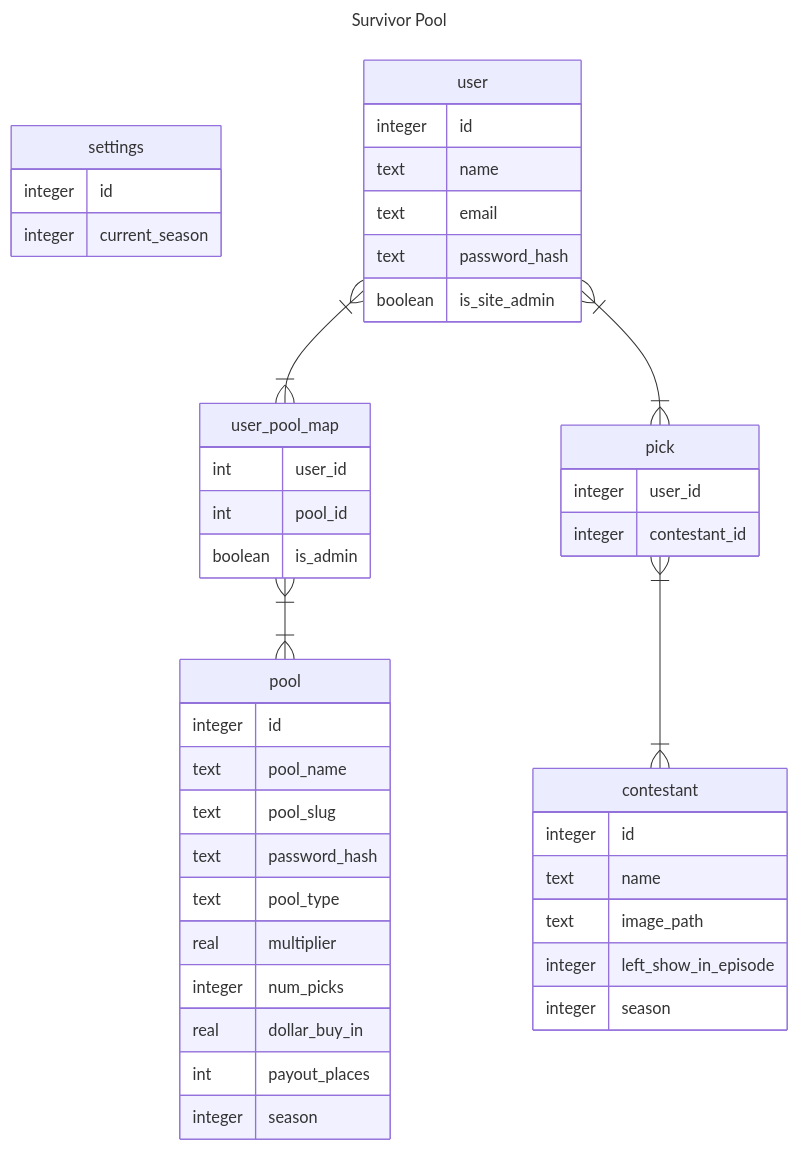
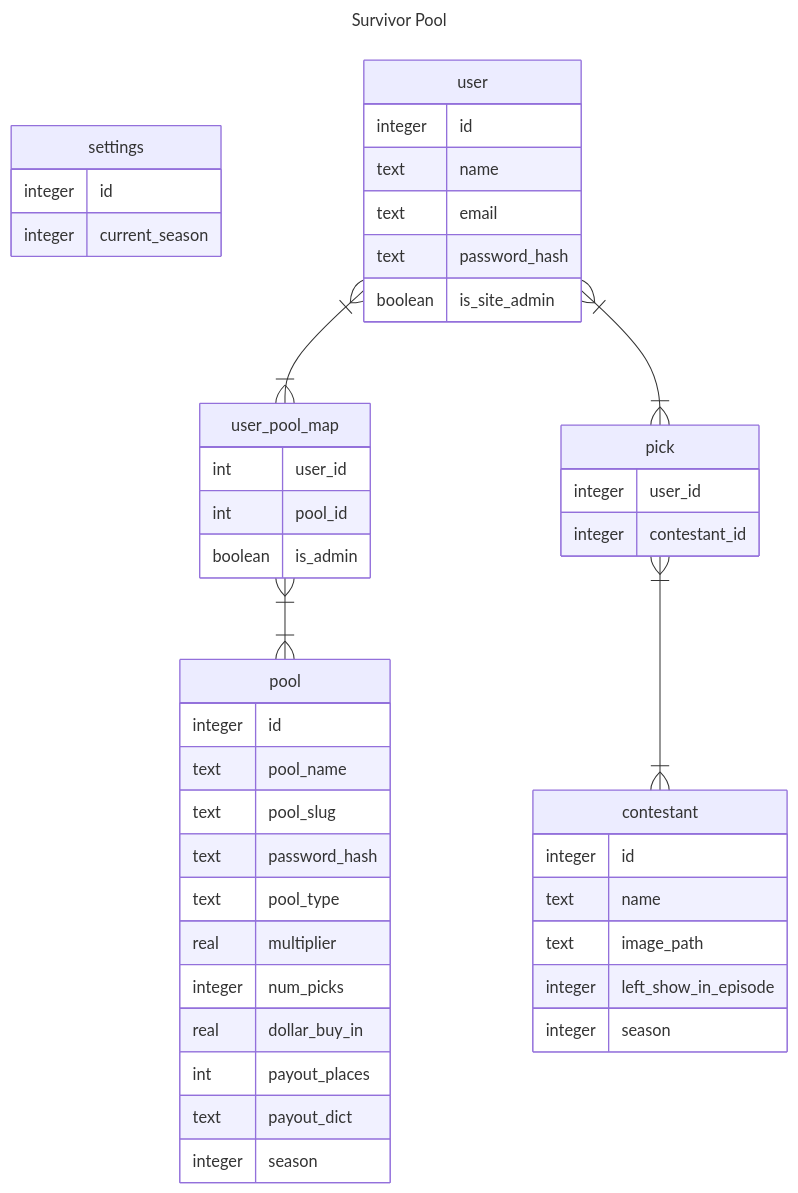
Before and after one commit to peterchinman/survivor_pool: the diagram in README.md, drawn with Mermaid. The commit also changed 8 other files, not shown here.

````diff
--- a/README.md
+++ b/README.md
@@ -7,57 +7,58 @@
 ```mermaid
 ---
 title: Survivor Pool
 ---
 
 erDiagram
     settings{
         integer id
         integer current_season
     }
    pool{
     integer id
     text pool_name
     text pool_slug
     text password_hash
 
     text pool_type
     real multiplier
     integer num_picks
     real dollar_buy_in
     int payout_places
-    
+    text payout_dict
+
 
     integer season
    }
    user }|--|{ user_pool_map : ""
    user_pool_map }|--|{ pool : ""
 
    user_pool_map {
     int user_id
     int pool_id
     boolean is_admin
    }
    
    user{
     integer id
     text name
     text email
     text password_hash
     boolean is_site_admin
    }
 
    user }|--|{ pick : ""
    pick{
     integer user_id
     integer contestant_id
    }
     contestant{
         integer id
         text name
         text image_path
         integer left_show_in_episode
         integer season
     }
 %% contestants }|--|{ pick : ""
 pick }|--|{ contestant : ""  
 ```
````
